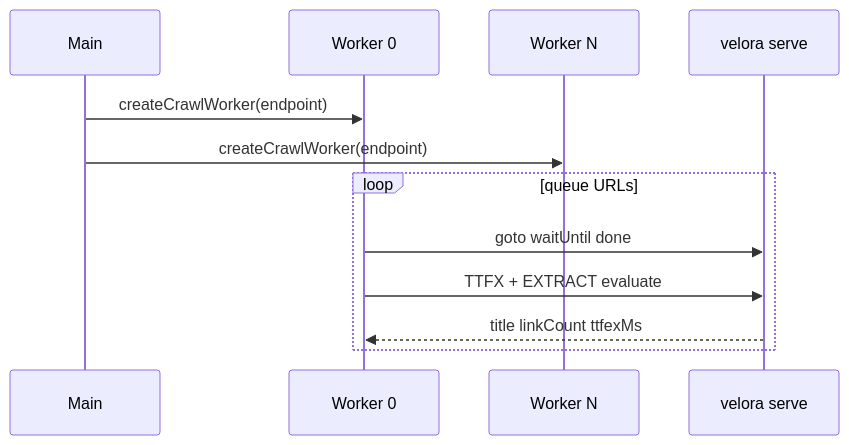
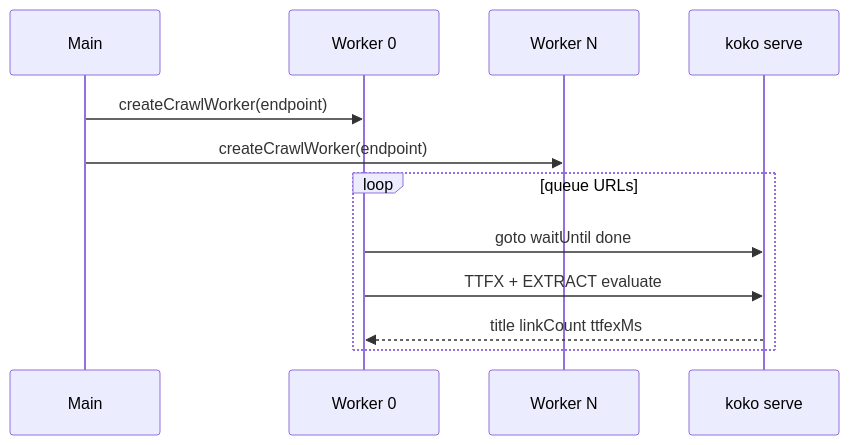
One commit to ivanUri/koko-core changed the second of 2 diagrams in knowledge/sdk/2026-06-30-sdk-smoke-and-workflows.md. Above: the diagram before and after it, drawn with Mermaid. The commit also changed other lines of this file and 250 other files, not shown here.

Commit message:
Rename Velora to Koko and redesign persistent storage

````diff
--- a/knowledge/sdk/2026-06-30-sdk-smoke-and-workflows.md
+++ b/knowledge/sdk/2026-06-30-sdk-smoke-and-workflows.md
@@ -132,15 +132,15 @@
 ```mermaid
 sequenceDiagram
   participant Main
   participant W0 as Worker 0
   participant W1 as Worker N
-  participant V as velora serve
+  participant V as koko serve
 
   Main->>W0: createCrawlWorker(endpoint)
   Main->>W1: createCrawlWorker(endpoint)
   loop queue URLs
     W0->>V: goto waitUntil done
     W0->>V: TTFX + EXTRACT evaluate
     V-->>W0: title linkCount ttfexMs
   end
 ```
````
